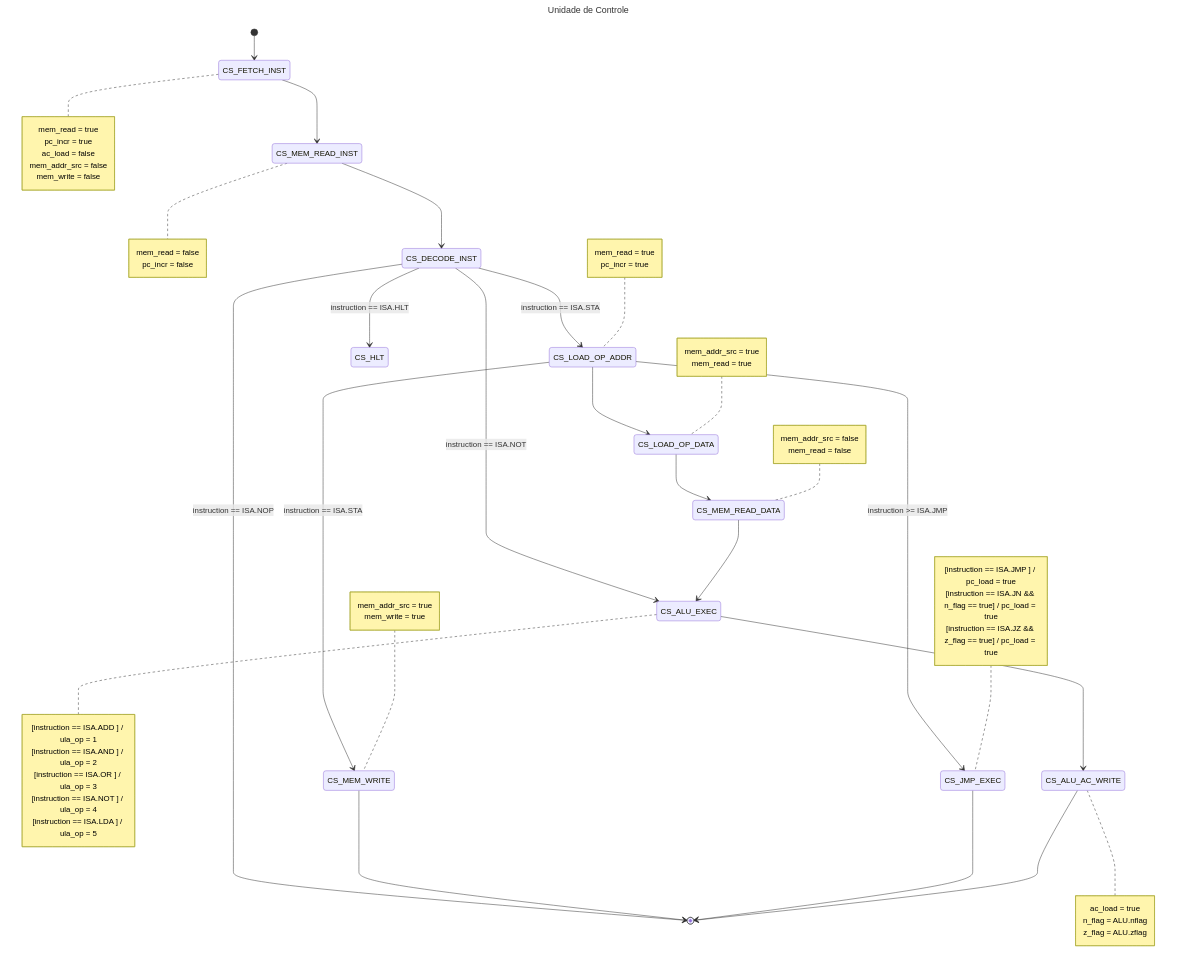
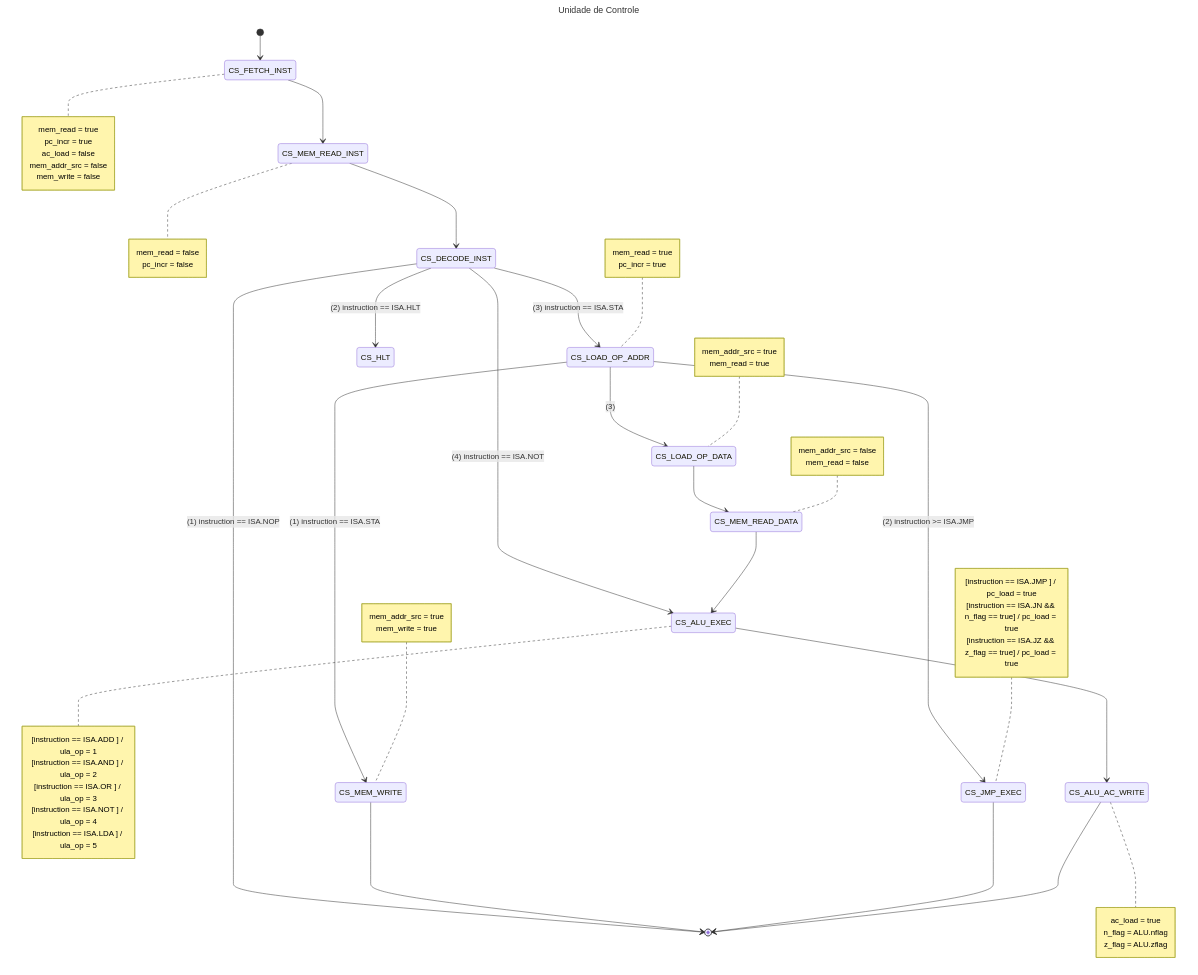
Before and after one commit to ArielRM/EMB22109: the diagram in README.md, drawn with Mermaid.

Commit message:
Fixes state diagram

```diff
--- a/README.md
+++ b/README.md
@@ -26,14 +26,14 @@
     s0 --> s1
     s1 --> s2
 
-    s2 --> [*] : instruction == ISA.NOP
-    s2 --> s10: instruction == ISA.HLT
-    s2 --> s3 : instruction == ISA.STA
-    s2 --> s9 : instruction == ISA.NOT
+    s2 --> [*] : (1) instruction == ISA.NOP
+    s2 --> s10: (2) instruction == ISA.HLT
+    s2 --> s3 : (3) instruction == ISA.STA
+    s2 --> s9 : (4) instruction == ISA.NOT
 
-    s3 --> s6 : instruction == ISA.STA
-    s3 --> s7 : instruction >= ISA.JMP
-    s3 --> s4
+    s3 --> s6 : (1) instruction == ISA.STA
+    s3 --> s7 : (2) instruction >= ISA.JMP
+    s3 --> s4 : (3)
 
     s4 --> s5
     s5 --> s9
```
